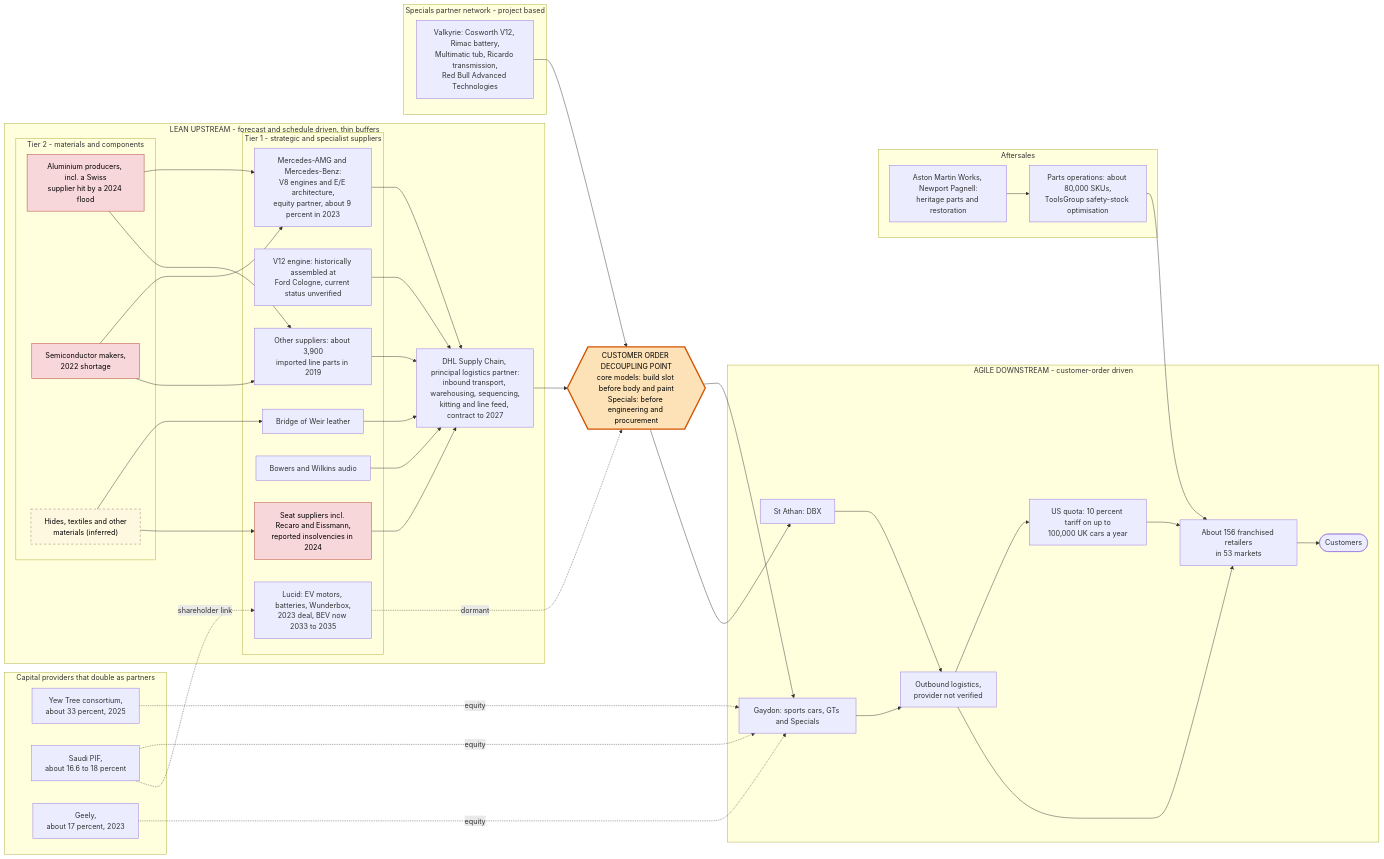
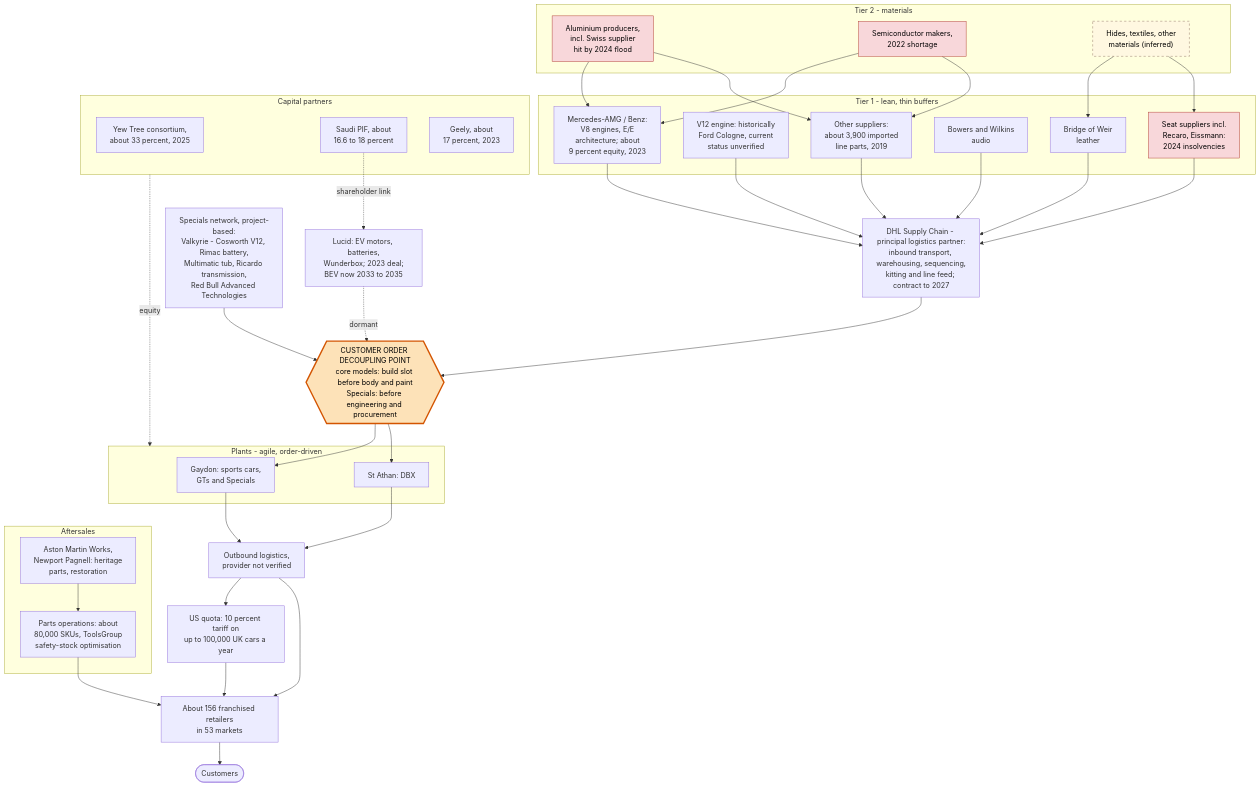
The fifth of 7 diagrams in reports/Aston Martin operations management.md (2delab/Sand-box), drawn with Mermaid before and after one commit. The commit also changed other lines of this file and 16 other files, not shown here.

First line of the commit message:
Add Word version of the Aston Martin report; lay out diagrams for print

````diff
--- a/reports/Aston Martin operations management.md
+++ b/reports/Aston Martin operations management.md
@@ -432,47 +461,46 @@
 ```mermaid
-flowchart LR
-    subgraph CAP["Capital providers that double as partners"]
-        K1["Yew Tree consortium,<br/>about 33 percent, 2025"]
-        K2["Saudi PIF,<br/>about 16.6 to 18 percent"]
-        K3["Geely,<br/>about 17 percent, 2023"]
+flowchart TB
+    subgraph TIER2["Tier 2 - materials"]
+        T21["Aluminium producers,<br/>incl. Swiss supplier<br/>hit by 2024 flood"]
+        T22["Semiconductor makers,<br/>2022 shortage"]
+        T23["Hides, textiles, other<br/>materials (inferred)"]
     end
 
-    subgraph UP["LEAN UPSTREAM - forecast and schedule driven, thin buffers"]
-        subgraph TIER2["Tier 2 - materials and components"]
-            T21["Aluminium producers, incl. a Swiss<br/>supplier hit by a 2024 flood"]
-            T22["Semiconductor makers,<br/>2022 shortage"]
-            T23["Hides, textiles and other<br/>materials (inferred)"]
-        end
-        subgraph TIER1["Tier 1 - strategic and specialist suppliers"]
-            M1["Mercedes-AMG and Mercedes-Benz:<br/>V8 engines and E/E architecture,<br/>equity partner, about 9 percent in 2023"]
-            V12["V12 engine: historically assembled at<br/>Ford Cologne, current status unverified"]
-            LU["Lucid: EV motors, batteries, Wunderbox,<br/>2023 deal, BEV now 2033 to 2035"]
-            BWL["Bridge of Weir leather"]
-            BWA["Bowers and Wilkins audio"]
-            SEAT["Seat suppliers incl. Recaro and Eissmann,<br/>reported insolvencies in 2024"]
-            OTH["Other suppliers: about 3,900<br/>imported line parts in 2019"]
-        end
-        DHL["DHL Supply Chain, principal logistics partner:<br/>inbound transport, warehousing, sequencing,<br/>kitting and line feed, contract to 2027"]
+    subgraph TIER1["Tier 1 - lean, thin buffers"]
+        M1["Mercedes-AMG / Benz:<br/>V8 engines, E/E<br/>architecture; about<br/>9 percent equity, 2023"]
+        V12["V12 engine: historically<br/>Ford Cologne, current<br/>status unverified"]
+        BWL["Bridge of Weir<br/>leather"]
+        BWA["Bowers and Wilkins<br/>audio"]
+        SEAT["Seat suppliers incl.<br/>Recaro, Eissmann:<br/>2024 insolvencies"]
+        OTH["Other suppliers:<br/>about 3,900 imported<br/>line parts, 2019"]
     end
 
-    subgraph SPEC["Specials partner network - project based"]
-        SP1["Valkyrie: Cosworth V12, Rimac battery,<br/>Multimatic tub, Ricardo transmission,<br/>Red Bull Advanced Technologies"]
-    end
+    DHL["DHL Supply Chain - principal logistics partner:<br/>inbound transport, warehousing, sequencing,<br/>kitting and line feed; contract to 2027"]
+
+    SP1["Specials network, project-based:<br/>Valkyrie - Cosworth V12, Rimac battery,<br/>Multimatic tub, Ricardo transmission,<br/>Red Bull Advanced Technologies"]
+    LU["Lucid: EV motors, batteries,<br/>Wunderbox; 2023 deal;<br/>BEV now 2033 to 2035"]
 
     CODP{{"CUSTOMER ORDER DECOUPLING POINT<br/>core models: build slot before body and paint<br/>Specials: before engineering and procurement"}}
 
-    subgraph DOWN["AGILE DOWNSTREAM - customer-order driven"]
-        G["Gaydon: sports cars, GTs and Specials"]
+    subgraph PLANTS["Plants - agile, order-driven"]
+        G["Gaydon: sports cars,<br/>GTs and Specials"]
         SA["St Athan: DBX"]
-        OUTL["Outbound logistics,<br/>provider not verified"]
-        QUOTA["US quota: 10 percent tariff on up to<br/>100,000 UK cars a year"]
-        DLR["About 156 franchised retailers<br/>in 53 markets"]
-        CUS(["Customers"])
     end
 
+    subgraph CAP["Capital partners"]
+        K1["Yew Tree consortium,<br/>about 33 percent, 2025"]
+        K2["Saudi PIF, about<br/>16.6 to 18 percent"]
+        K3["Geely, about<br/>17 percent, 2023"]
+    end
+
+    OUTL["Outbound logistics,<br/>provider not verified"]
+    QUOTA["US quota: 10 percent tariff on<br/>up to 100,000 UK cars a year"]
+    DLR["About 156 franchised retailers<br/>in 53 markets"]
+    CUS(["Customers"])
+
     subgraph AFTER["Aftersales"]
-        PO["Parts operations: about 80,000 SKUs,<br/>ToolsGroup safety-stock optimisation"]
-        NP["Aston Martin Works, Newport Pagnell:<br/>heritage parts and restoration"]
+        PO["Parts operations: about<br/>80,000 SKUs, ToolsGroup<br/>safety-stock optimisation"]
+        NP["Aston Martin Works,<br/>Newport Pagnell: heritage<br/>parts, restoration"]
     end
 
     T21 --> M1
@@ -492,18 +520,16 @@
     LU -.->|dormant| CODP
     CODP --> G
     CODP --> SA
+    CAP -.->|equity| PLANTS
+    K2 -.->|shareholder link| LU
     G --> OUTL
     SA --> OUTL
     OUTL --> QUOTA
     QUOTA --> DLR
     OUTL --> DLR
     DLR --> CUS
+    NP --> PO
     PO --> DLR
-    NP --> PO
-    K1 -.->|equity| G
-    K2 -.->|equity| G
-    K3 -.->|equity| G
-    K2 -.->|shareholder link| LU
 
     classDef codp fill:#fde2b8,stroke:#d35400,stroke-width:3px,color:#000
     classDef risk fill:#f8d7da,stroke:#b03a2e,color:#000
````
